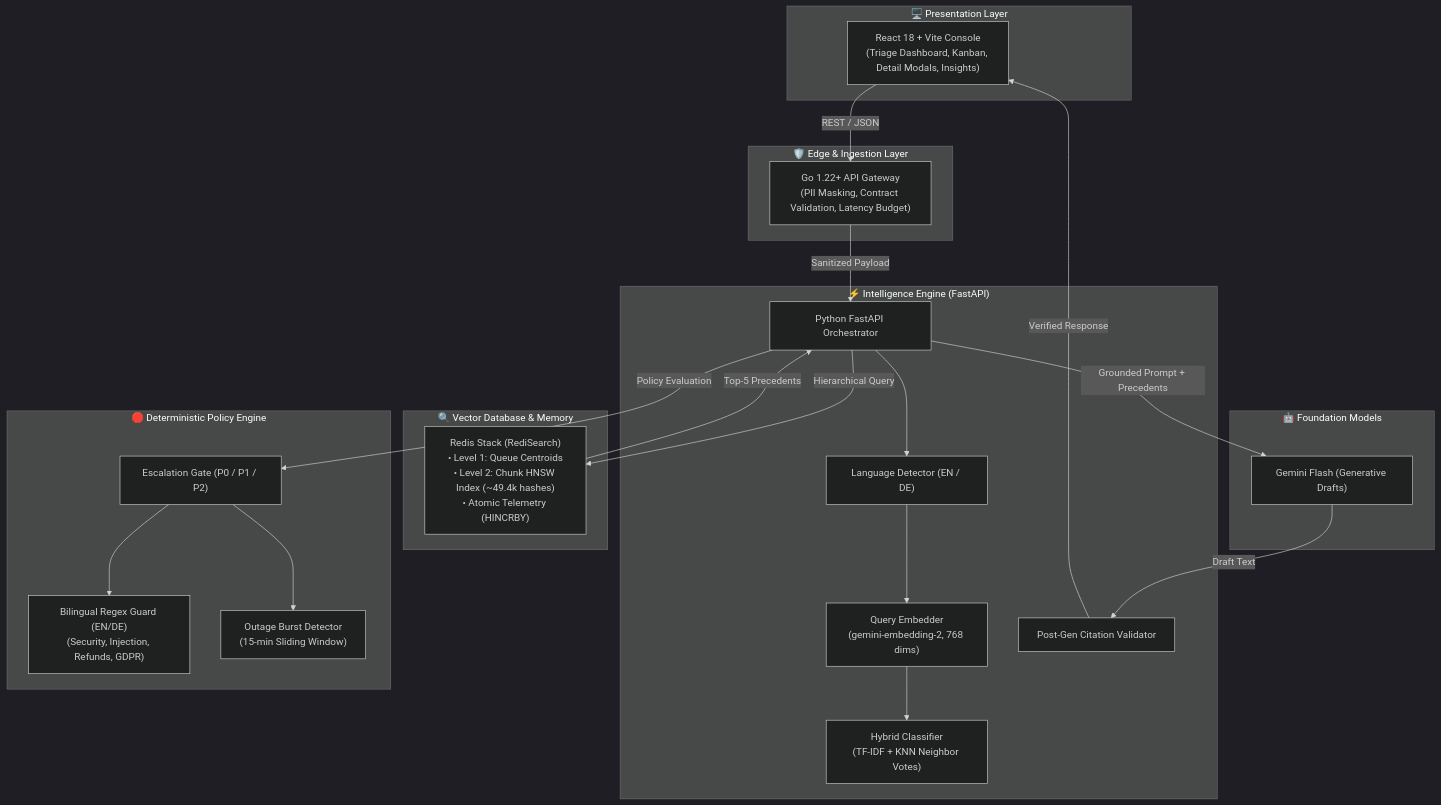
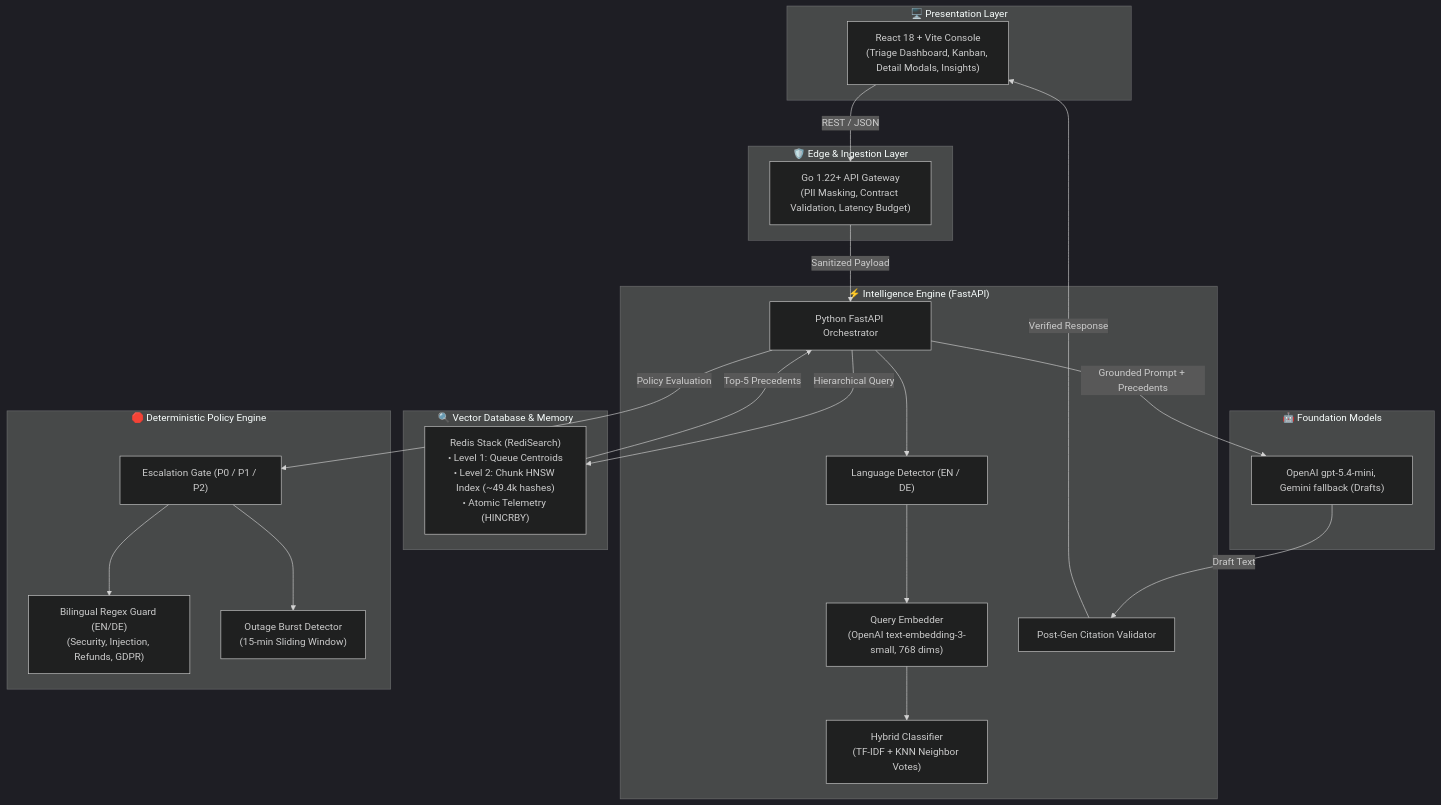
One commit to Dogtags27/gdg-sentinal changed the diagram in docs/system-architecture-and-stack-guide.md. Above: the diagram before and after it, drawn with Mermaid (dark theme). The commit also changed other lines of this file and 18 other files, not shown here.

````diff
--- a/docs/system-architecture-and-stack-guide.md
+++ b/docs/system-architecture-and-stack-guide.md
@@ -18,44 +18,44 @@
 ```mermaid
 flowchart TD
     subgraph Client["🖥️ Presentation Layer"]
         UI["React 18 + Vite Console\n(Triage Dashboard, Kanban, Detail Modals, Insights)"]
     end
 
     subgraph Edge["🛡️ Edge & Ingestion Layer"]
         GW["Go 1.22+ API Gateway\n(PII Masking, Contract Validation, Latency Budget)"]
     end
 
     subgraph Core["⚡ Intelligence Engine (FastAPI)"]
         ENG["Python FastAPI Orchestrator"]
         LANG["Language Detector (EN / DE)"]
-        EMB["Query Embedder\n(gemini-embedding-2, 768 dims)"]
+        EMB["Query Embedder\n(OpenAI text-embedding-3-small, 768 dims)"]
         CLS["Hybrid Classifier\n(TF-IDF + KNN Neighbor Votes)"]
         VAL["Post-Gen Citation Validator"]
     end
 
     subgraph VectorDB["🔍 Vector Database & Memory"]
         REDIS["Redis Stack (RediSearch)\n• Level 1: Queue Centroids\n• Level 2: Chunk HNSW Index (~49.4k hashes)\n• Atomic Telemetry (HINCRBY)"]
     end
 
     subgraph Safety["🛑 Deterministic Policy Engine"]
         GATE["Escalation Gate (P0 / P1 / P2)"]
         REGEX["Bilingual Regex Guard (EN/DE)\n(Security, Injection, Refunds, GDPR)"]
         BURST["Outage Burst Detector\n(15-min Sliding Window)"]
     end
 
     subgraph Models["🤖 Foundation Models"]
-        GEMINI["Gemini Flash (Generative Drafts)"]
+        GEMINI["OpenAI gpt-5.4-mini, Gemini fallback (Drafts)"]
     end
 
     UI -->|REST / JSON| GW
     GW -->|Sanitized Payload| ENG
     ENG --> LANG --> EMB --> CLS
     ENG -->|Hierarchical Query| REDIS
     REDIS -->|Top-5 Precedents| ENG
     ENG -->|Policy Evaluation| GATE
     GATE --> REGEX
     GATE --> BURST
     ENG -->|Grounded Prompt + Precedents| GEMINI
     GEMINI -->|Draft Text| VAL
     VAL -->|Verified Response| UI
 ```
````
